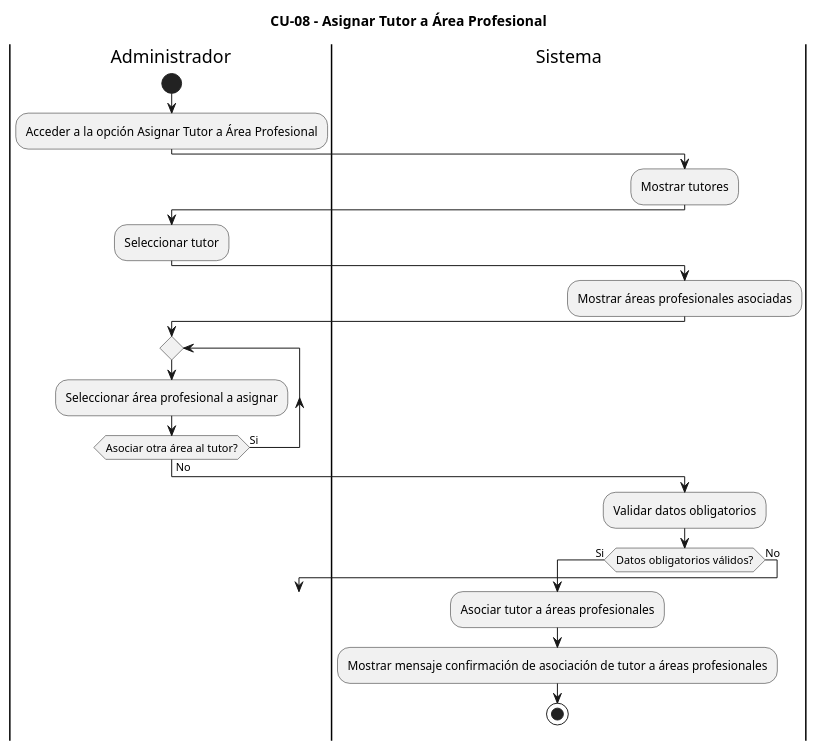
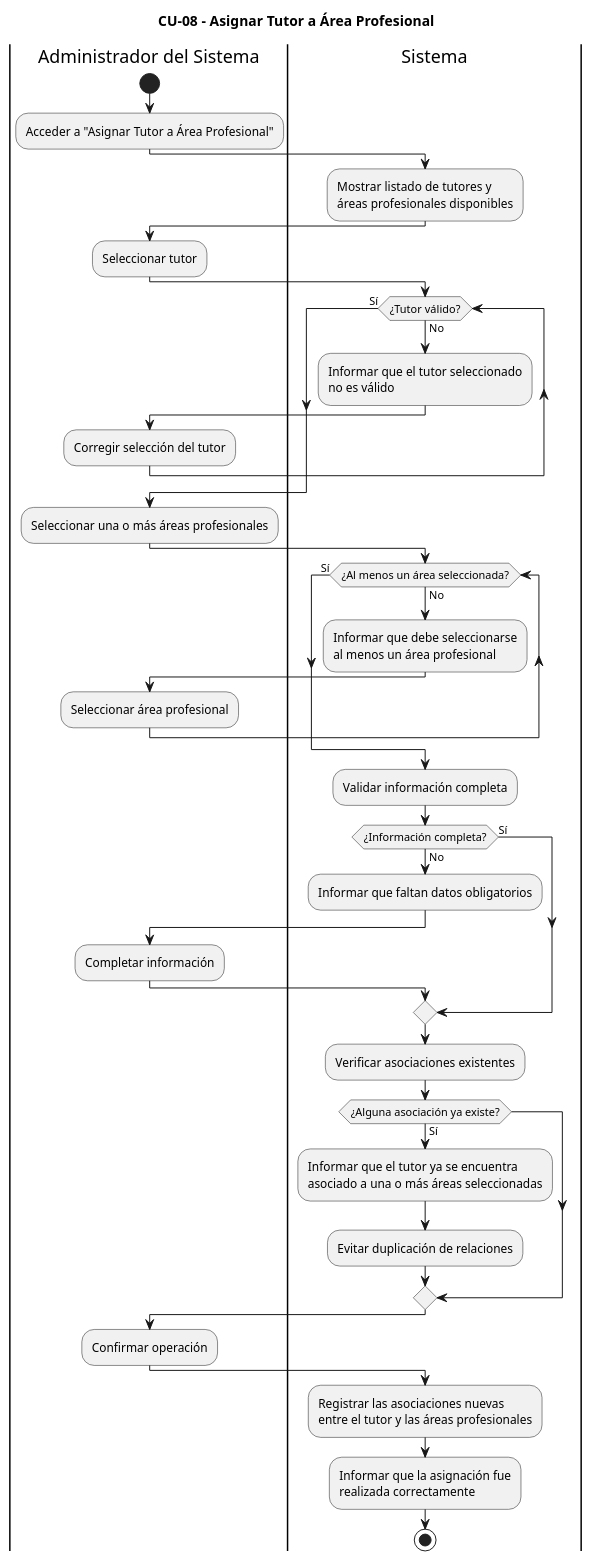
One commit to h3l333/proyecto-uppa changed the diagram in diagramas-de-actividad-puml/diagrama-actividad-cu08.puml. Above: the diagram before and after it, drawn with PlantUML. The commit also changed 15 other files, not shown here.

Commit message:
Enmienda diagramas de actividad

```diff
--- a/diagramas-de-actividad-puml/diagrama-actividad-cu08.puml
+++ b/diagramas-de-actividad-puml/diagrama-actividad-cu08.puml
@@ -1,34 +1,70 @@
-@startuml Diagrama_Actividad_CU08
+@startuml
 title CU-08 - Asignar Tutor a Área Profesional
 
-|Administrador|
+|Administrador del Sistema|
 start
-:Acceder a la opción Asignar Tutor a Área Profesional;
+:Acceder a "Asignar Tutor a Área Profesional";
 
 |Sistema|
-:Mostrar tutores;
+:Mostrar listado de tutores y
+áreas profesionales disponibles;
 
-|Administrador|
-label seleccionar_tutor
+|Administrador del Sistema|
 :Seleccionar tutor;
 
 |Sistema|
-:Mostrar áreas profesionales asociadas;
+while (¿Tutor válido?) is (No)
+  :Informar que el tutor seleccionado
+  no es válido;
 
-|Administrador|
-repeat
-  :Seleccionar área profesional a asignar;
-repeat while (Asociar otra área al tutor?) is (Si) not (No)
+  |Administrador del Sistema|
+  :Corregir selección del tutor;
+
+  |Sistema|
+endwhile (Sí)
+
+|Administrador del Sistema|
+:Seleccionar una o más áreas profesionales;
 
 |Sistema|
-:Validar datos obligatorios;
-if (Datos obligatorios válidos?) then (Si)
-  :Asociar tutor a áreas profesionales;
-  :Mostrar mensaje confirmación de asociación de tutor a áreas profesionales;
-  stop
+while (¿Al menos un área seleccionada?) is (No)
+  :Informar que debe seleccionarse
+  al menos un área profesional;
+
+  |Administrador del Sistema|
+  :Seleccionar área profesional;
+
+  |Sistema|
+endwhile (Sí)
+
+:Validar información completa;
+
+if (¿Información completa?) then (Sí)
 else (No)
-  |Administrador|
-  goto seleccionar_tutor
+  :Informar que faltan datos obligatorios;
+
+  |Administrador del Sistema|
+  :Completar información;
+
+  |Sistema|
 endif
 
+:Verificar asociaciones existentes;
+
+if (¿Alguna asociación ya existe?) then (Sí)
+  :Informar que el tutor ya se encuentra
+  asociado a una o más áreas seleccionadas;
+  :Evitar duplicación de relaciones;
+endif
+
+|Administrador del Sistema|
+:Confirmar operación;
+
+|Sistema|
+:Registrar las asociaciones nuevas
+entre el tutor y las áreas profesionales;
+:Informar que la asignación fue
+realizada correctamente;
+
+stop
 @enduml
```
